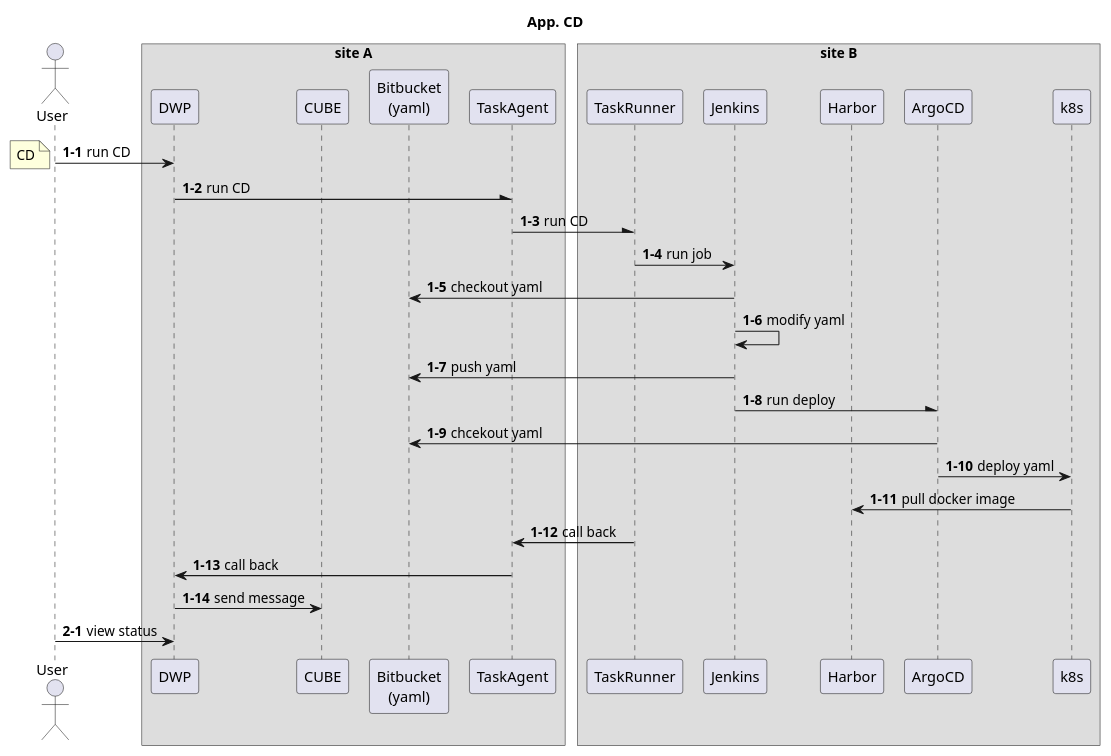
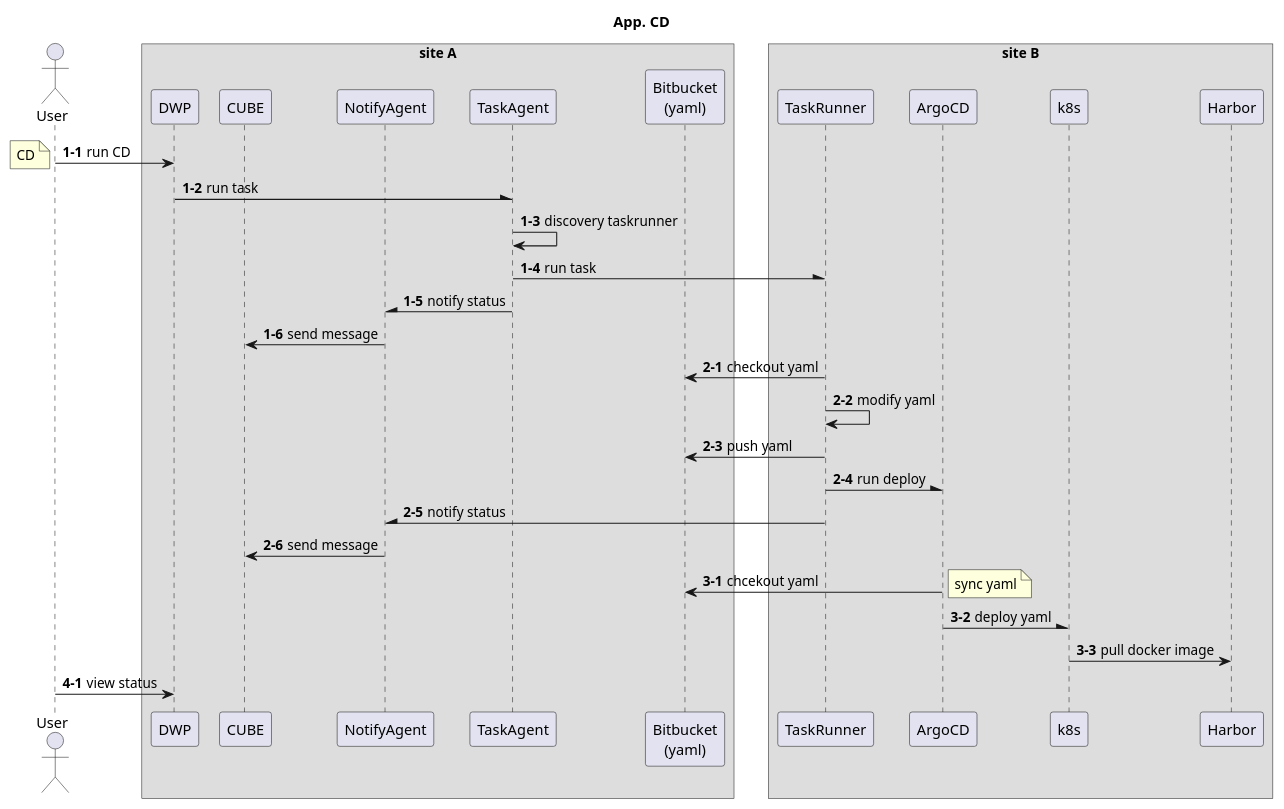
One commit to kloudbank/htdp1.github.io changed the seventh of 8 diagrams in docs/src/multi-cloud/diagram.md. Above: the diagram before and after it, drawn with PlantUML. The commit also changed other lines of this file, not shown here.

```diff
--- a/docs/src/multi-cloud/diagram.md
+++ b/docs/src/multi-cloud/diagram.md
@@ -223,43 +243,49 @@
 @startuml
 
 scale 1
 skinparam ParticipantPadding 5
 skinparam BoxPadding 5
 title "App. CD"
 
 actor User
 box "site A"
 participant DWP
 participant CUBE
+participant NotifyAgent
+participant TaskAgent
 participant "Bitbucket\n(yaml)" as yaml
-participant TaskAgent
 end box
 box "site B"
 participant TaskRunner
-participant Jenkins
-participant Harbor
 participant ArgoCD
 participant k8s
+participant Harbor
 end box
 
 autonumber 1-1
 User -> DWP : run CD
 note left : CD
-DWP -\ TaskAgent : run CD
-TaskAgent -\ TaskRunner : run CD
-TaskRunner -> Jenkins : run job
-Jenkins -> yaml : checkout yaml
-Jenkins -> Jenkins : modify yaml
-Jenkins -> yaml : push yaml
-Jenkins -\ ArgoCD : run deploy
-ArgoCD -> yaml : chcekout yaml
-ArgoCD -> k8s : deploy yaml
-k8s -> Harbor : pull docker image
-TaskRunner -> TaskAgent : call back
-TaskAgent -> DWP : call back
-DWP -> CUBE : send message
+DWP -\ TaskAgent : run task
+TaskAgent -> TaskAgent : discovery taskrunner
+TaskAgent -\ TaskRunner : run task
+TaskAgent -\ NotifyAgent : notify status
+NotifyAgent -> CUBE : send message
 
 autonumber 2-1
+TaskRunner -> yaml : checkout yaml
+TaskRunner -> TaskRunner : modify yaml
+TaskRunner -> yaml : push yaml
+TaskRunner -\ ArgoCD : run deploy
+TaskRunner -\ NotifyAgent : notify status
+NotifyAgent -> CUBE : send message
+
+autonumber 3-1
+ArgoCD -> yaml : chcekout yaml
+note right : sync yaml
+ArgoCD -\ k8s : deploy yaml
+k8s -> Harbor : pull docker image
+
+autonumber 4-1
 User -> DWP : view status
 
 @enduml
```
